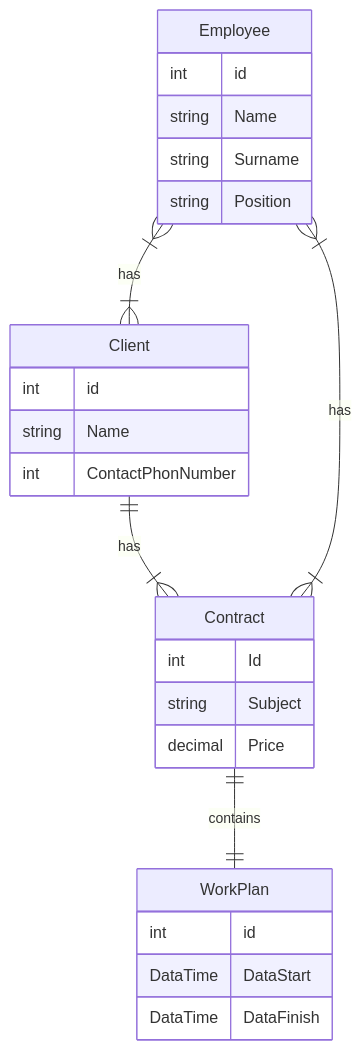
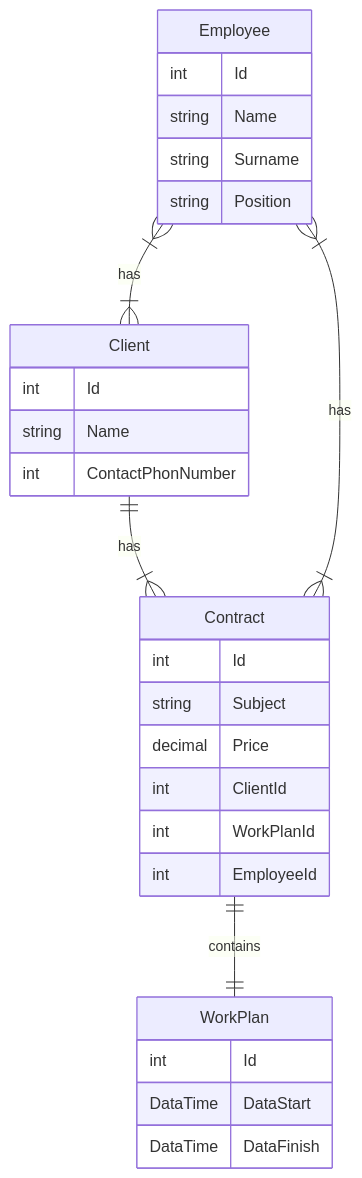
Before and after one commit to KondratenkoDV/CRM: the diagram in README.md, drawn with Mermaid.

````diff
--- a/README.md
+++ b/README.md
@@ -1,31 +1,34 @@
 ```mermaid
 erDiagram
   Employee }|--|{ Client : has
   Client ||--|{ Contract : has
   Employee }|--|{ Contract : has
   Contract ||--|| WorkPlan : contains
   Employee{
-      int id
+      int Id
       string Name
       string Surname
       string Position
   }
 
   Client{
-      int id
+      int Id
       string Name
       int ContactPhonNumber
   }
 
   Contract{
       int Id
       string Subject
       decimal Price
+      int ClientId
+      int WorkPlanId
+      int EmployeeId
   }
 
   WorkPlan{
-      int id
+      int Id
       DataTime DataStart
       DataTime DataFinish
   }
   ```
````
